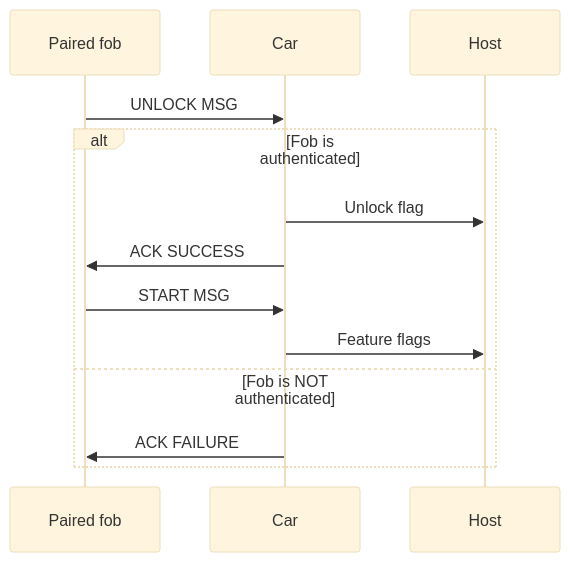
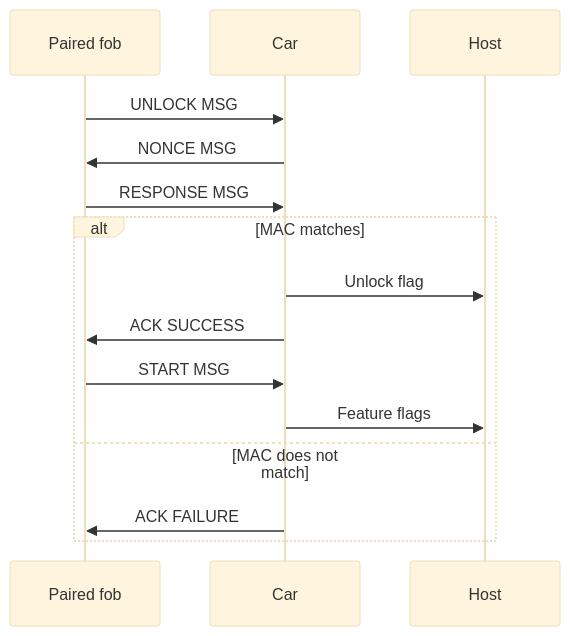
Before and after one commit to nathancharlesjones/howHardwareGetsHacked: the eighth of 10 diagrams in application/README.md, drawn with Mermaid (base theme). The commit also changed other lines of this file and 8 other files, not shown here.

````diff
--- a/application/README.md
+++ b/application/README.md
@@ -265,12 +208,14 @@
 ```mermaid
 sequenceDiagram
     Paired fob->>Car: UNLOCK MSG
-    alt Fob is authenticated
+    Car->>Paired fob: NONCE MSG
+    Paired fob->>Car: RESPONSE MSG
+    alt MAC matches
         Car->>Host: Unlock flag
         Car->>Paired fob: ACK SUCCESS
         Paired fob->>Car: START MSG
         Car->>Host: Feature flags
-    else Fob is NOT authenticated
+    else MAC does not match
         Car->>Paired fob: ACK FAILURE
     end
 ```
````
